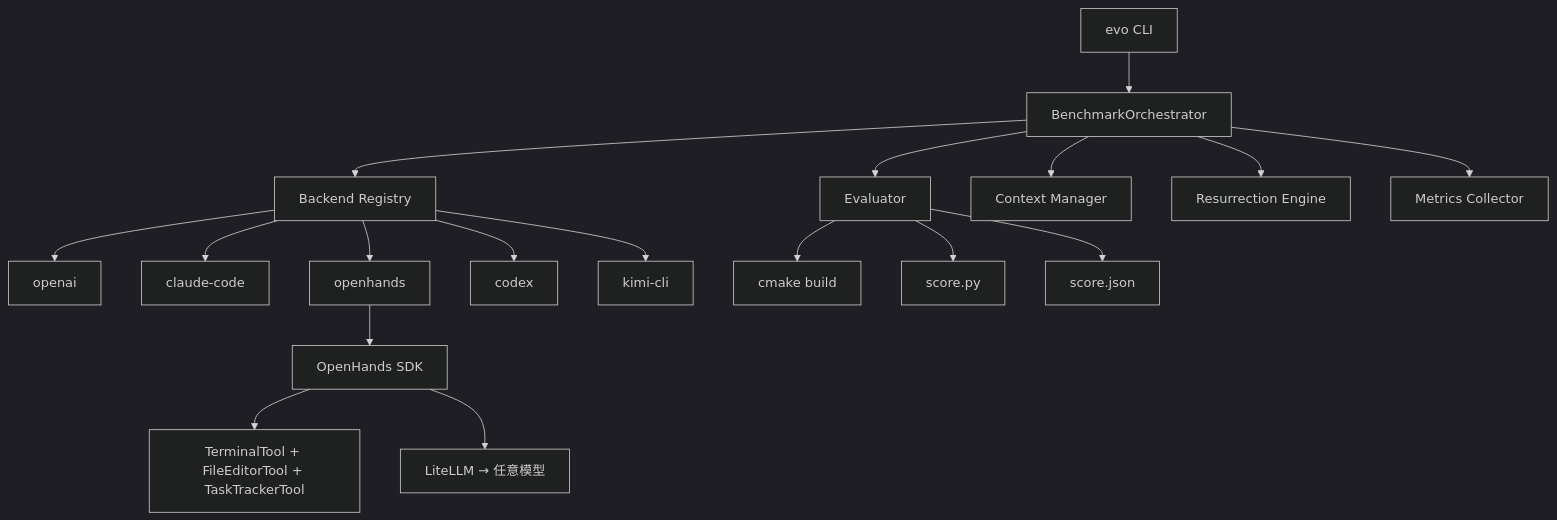
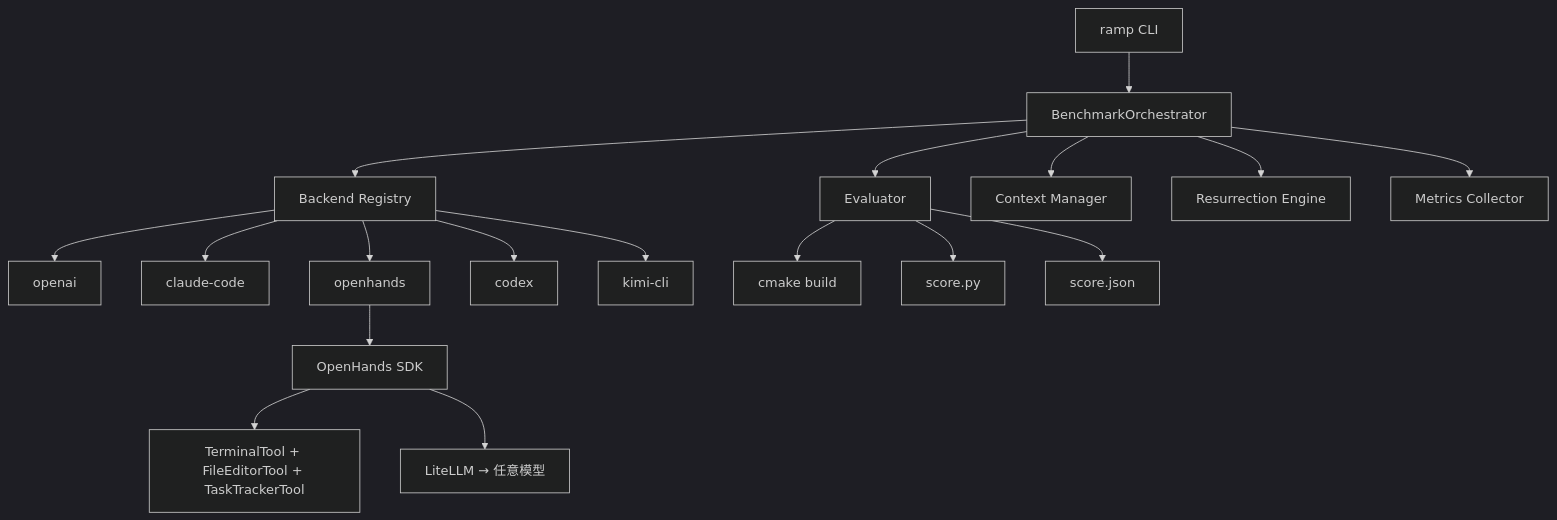
The diagram in docs/architecture.md (Nexa-Language/RAMP), drawn with Mermaid (dark theme) before and after one commit. The commit also changed other lines of this file and 124 other files, not shown here.

First line of the commit message:
:recycle: refactor: rename EvoBench to RAMP project-wide

````diff
--- a/docs/architecture.md
+++ b/docs/architecture.md
@@ -5,23 +5,23 @@
 ```mermaid
 graph TD
-    CLI[evo CLI] --> BM[BenchmarkOrchestrator]
+    CLI[ramp CLI] --> BM[BenchmarkOrchestrator]
     BM --> BE[Backend Registry]
     BM --> EV[Evaluator]
     BM --> CTX[Context Manager]
     BM --> RES[Resurrection Engine]
     BM --> MET[Metrics Collector]
 
     BE --> OB[openai]
     BE --> CB[claude-code]
     BE --> OH[openhands]
     BE --> CX[codex]
     BE --> KM[kimi-cli]
 
     EV --> BUILD[cmake build]
     EV --> SCORE[score.py]
     EV --> PARSE[score.json]
 
     OH --> SDK[OpenHands SDK]
     SDK --> TOOLS[TerminalTool + FileEditorTool + TaskTrackerTool]
     SDK --> LLM[LiteLLM → 任意模型]
 ```
````
